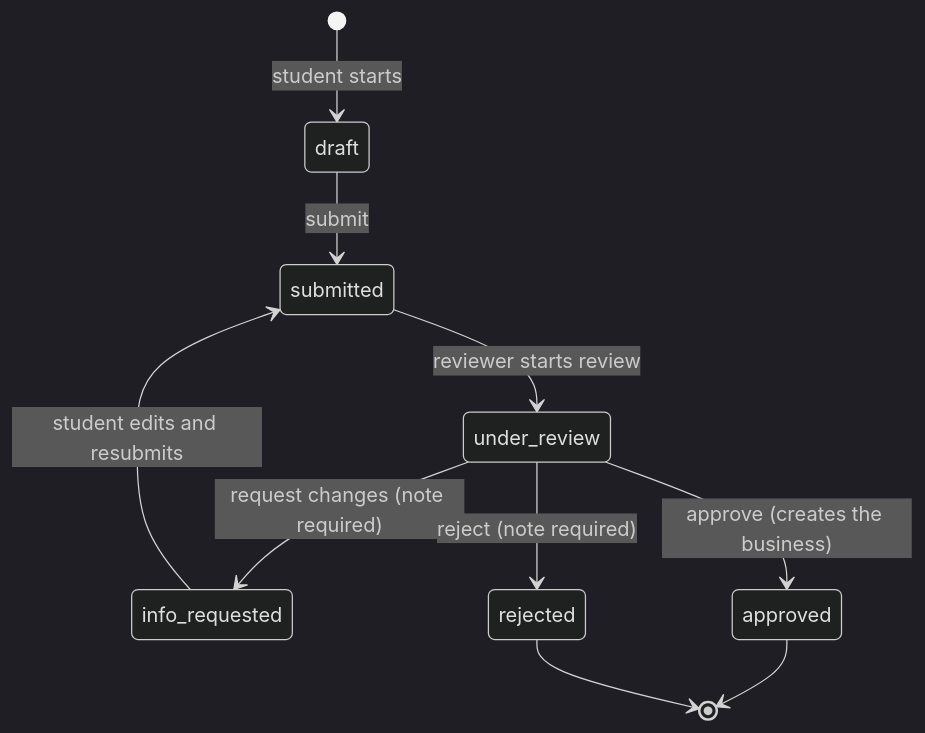
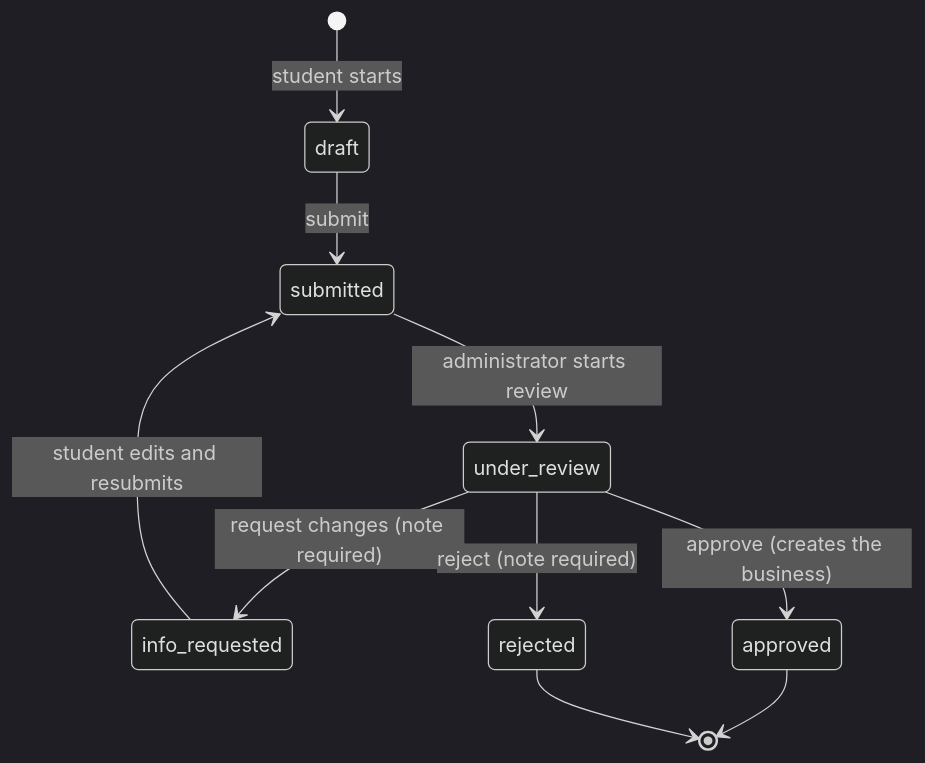
One commit to asyrafmika/CampusNiaga changed the second of 3 diagrams in README.md. Above: the diagram before and after it, drawn with Mermaid (dark theme). The commit also changed other lines of this file and 142 other files, not shown here.

````diff
--- a/README.md
+++ b/README.md
@@ -134,12 +134,12 @@
 ```mermaid
 stateDiagram-v2
   [*] --> draft: student starts
   draft --> submitted: submit
-  submitted --> under_review: reviewer starts review
+  submitted --> under_review: administrator starts review
   under_review --> info_requested: request changes (note required)
   info_requested --> submitted: student edits and resubmits
   under_review --> approved: approve (creates the business)
   under_review --> rejected: reject (note required)
   approved --> [*]
   rejected --> [*]
 ```
````
